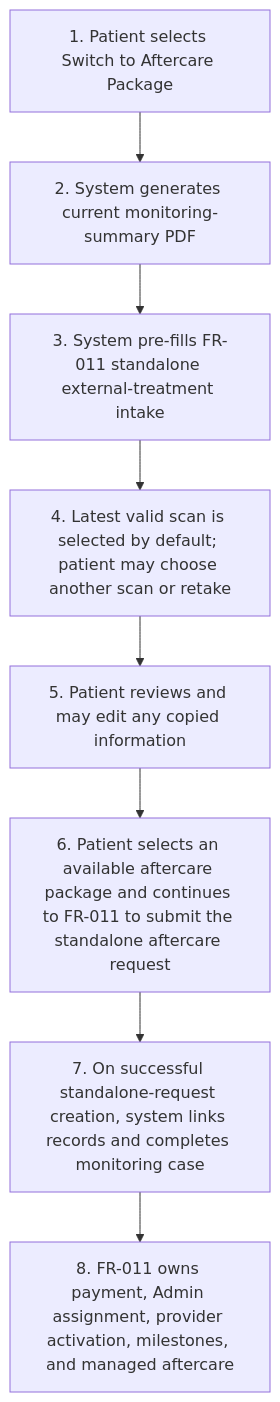
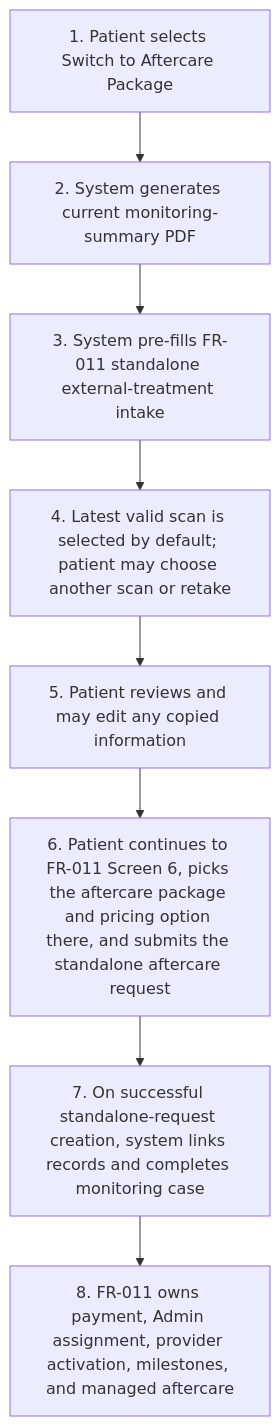
One commit to joachimtrungtuan/hairline-pm-docs changed the third of 6 diagrams in project-requirements/functional-requirements/fr038-monitor-transplant-progress/prd.md. Above: the diagram before and after it, drawn with Mermaid. The commit also changed other lines of this file and 5 other files, not shown here.

Commit message:
docs(fr038): apply logic review pass 1 fixes to PRD and graph

````diff
--- a/project-requirements/functional-requirements/fr038-monitor-transplant-progress/prd.md
+++ b/project-requirements/functional-requirements/fr038-monitor-transplant-progress/prd.md
@@ -123,10 +126,10 @@
 ```mermaid
 flowchart TD
     A2S1["1. Patient selects Switch to Aftercare Package"] --> A2S2["2. System generates current monitoring-summary PDF"]
     A2S2 --> A2S3["3. System pre-fills FR-011 standalone external-treatment intake"]
     A2S3 --> A2S4["4. Latest valid scan is selected by default; patient may choose another scan or retake"]
     A2S4 --> A2S5["5. Patient reviews and may edit any copied information"]
-    A2S5 --> A2S6["6. Patient selects an available aftercare package and continues to FR-011 to submit the standalone aftercare request"]
+    A2S5 --> A2S6["6. Patient continues to FR-011 Screen 6, picks the aftercare package and pricing option there, and submits the standalone aftercare request"]
     A2S6 --> A2S7["7. On successful standalone-request creation, system links records and completes monitoring case"]
     A2S7 --> A2S8["8. FR-011 owns payment, Admin assignment, provider activation, milestones, and managed aftercare"]
 ```
````
